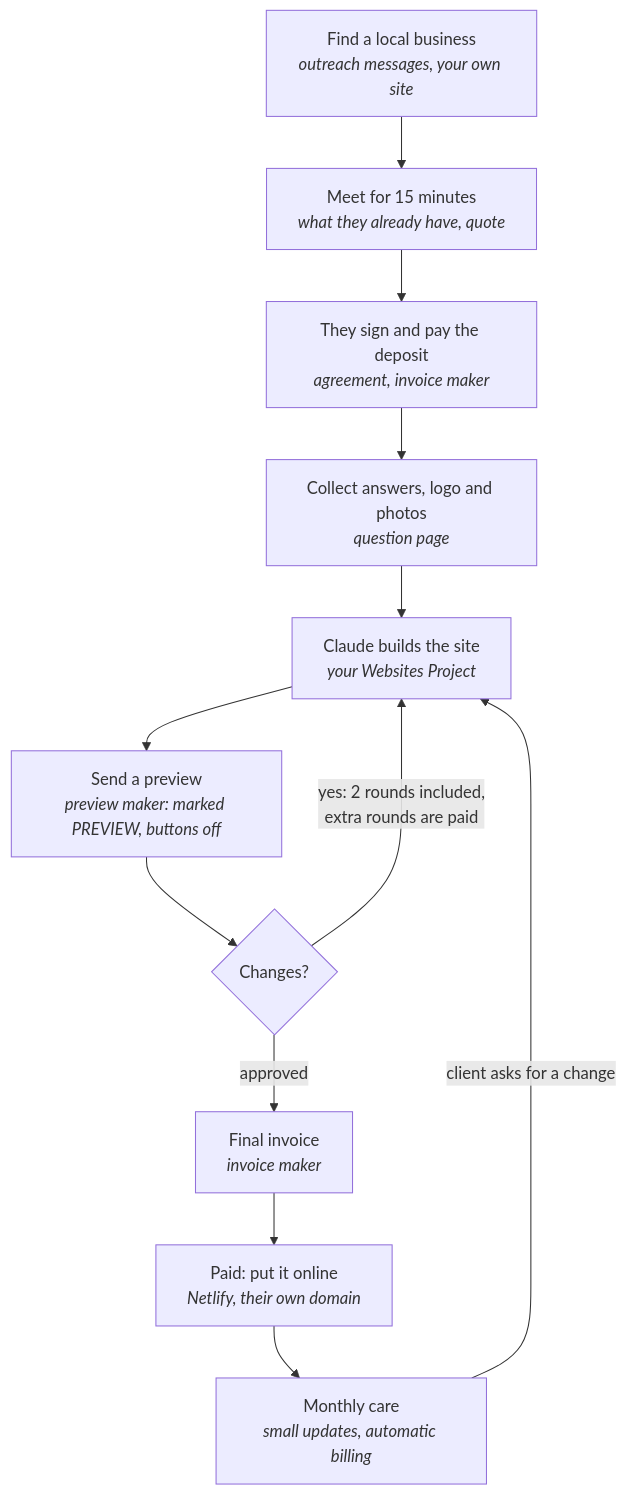
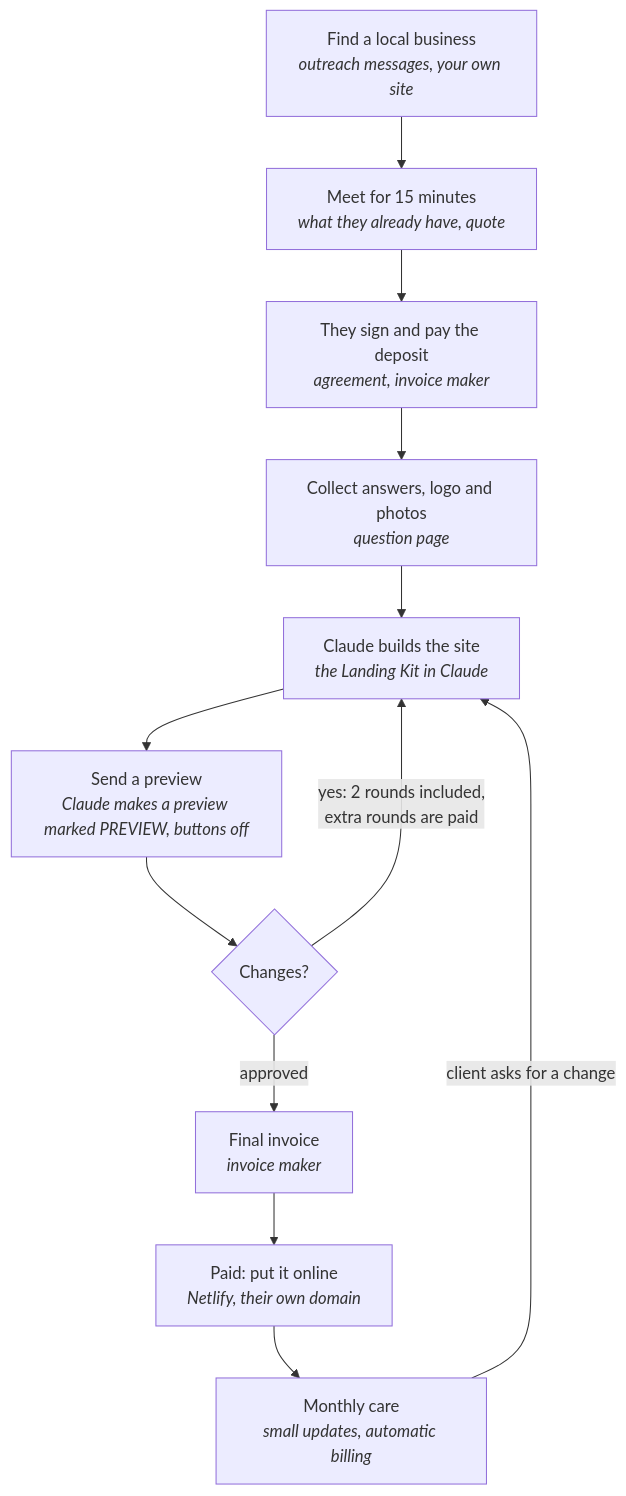
The diagram in README.md (rode-0/landing-kit), drawn with Mermaid before and after one commit. The commit also changed other lines of this file and 39 other files, not shown here.

First line of the commit message:
feat: Landing Kit as a Claude plugin and marketplace; tools on GitHub Pages

````diff
--- a/README.md
+++ b/README.md
@@ -17,14 +20,14 @@
 ```mermaid
 flowchart TD
     A["Find a local business<br/><i>outreach messages, your own site</i>"] --> B["Meet for 15 minutes<br/><i>what they already have, quote</i>"]
     B --> C["They sign and pay the deposit<br/><i>agreement, invoice maker</i>"]
     C --> D["Collect answers, logo and photos<br/><i>question page</i>"]
-    D --> E["Claude builds the site<br/><i>your Websites Project</i>"]
-    E --> F["Send a preview<br/><i>preview maker: marked PREVIEW, buttons off</i>"]
+    D --> E["Claude builds the site<br/><i>the Landing Kit in Claude</i>"]
+    E --> F["Send a preview<br/><i>Claude makes a preview marked PREVIEW, buttons off</i>"]
     F --> G{"Changes?"}
     G -- "yes: 2 rounds included,<br/>extra rounds are paid" --> E
     G -- "approved" --> H["Final invoice<br/><i>invoice maker</i>"]
     H --> I["Paid: put it online<br/><i>Netlify, their own domain</i>"]
     I --> J["Monthly care<br/><i>small updates, automatic billing</i>"]
     J -- "client asks for a change" --> E
 ```
````
